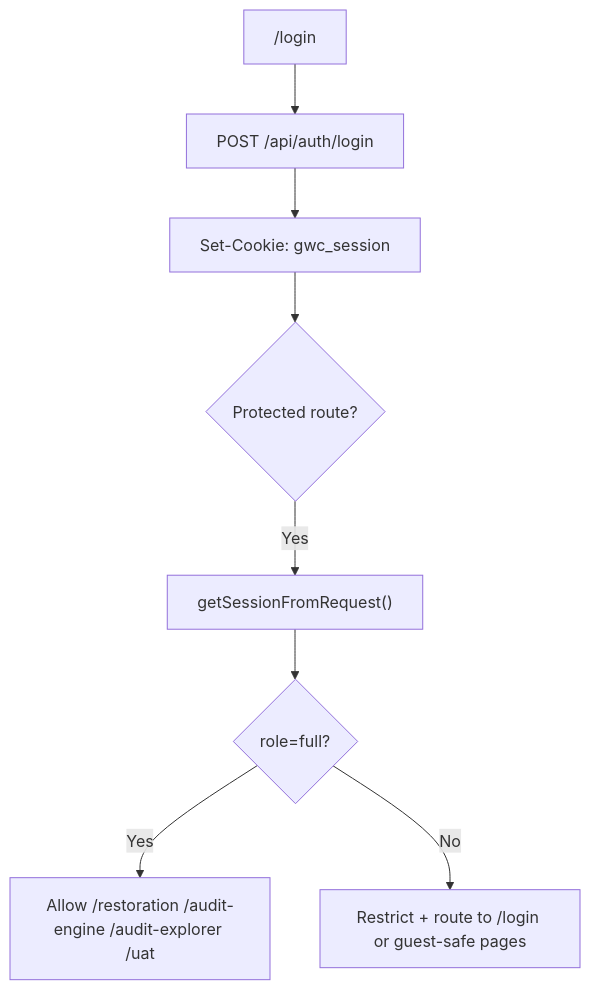
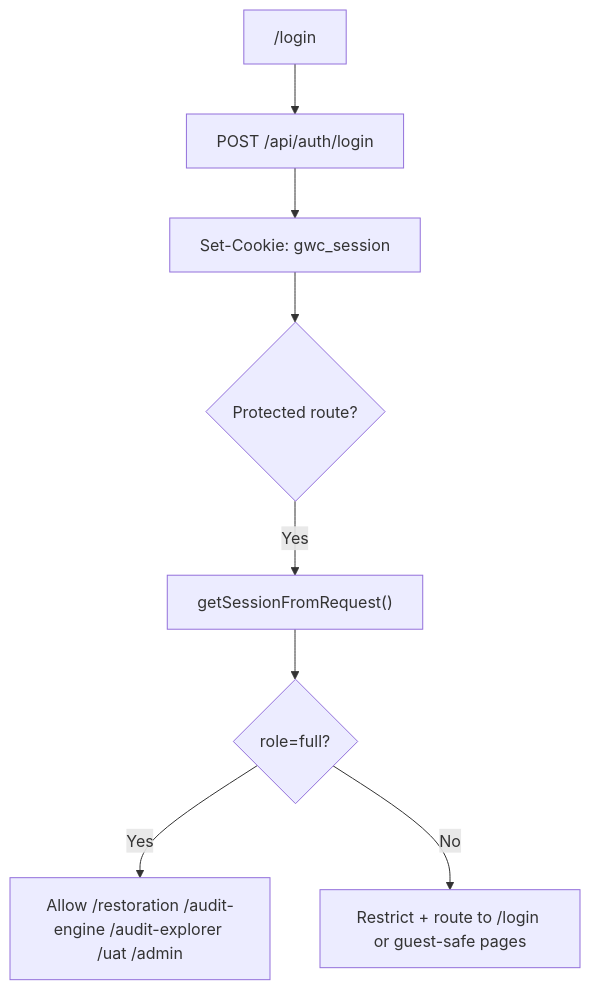
One commit to gUBII/chartgen changed the third of 4 diagrams in README.md. Above: the diagram before and after it, drawn with Mermaid. The commit also changed other lines of this file and 24 other files, not shown here.

````diff
--- a/README.md
+++ b/README.md
@@ -124,10 +126,10 @@
 ```mermaid
 flowchart TD
   Login["/login"] --> AuthPost["POST /api/auth/login"]
   AuthPost --> Cookie["Set-Cookie: gwc_session"]
   Cookie --> Guard{"Protected route?"}
   Guard -- Yes --> Check["getSessionFromRequest()"]
   Check --> Role{"role=full?"}
-  Role -- Yes --> Full["Allow /restoration /audit-engine /audit-explorer /uat"]
+  Role -- Yes --> Full["Allow /restoration /audit-engine /audit-explorer /uat /admin"]
   Role -- No --> Guest["Restrict + route to /login or guest-safe pages"]
 ```
````
